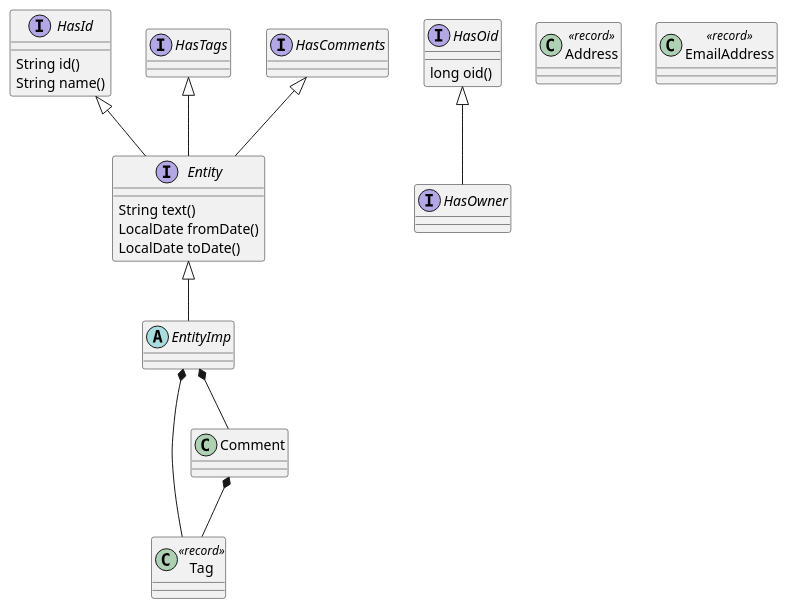
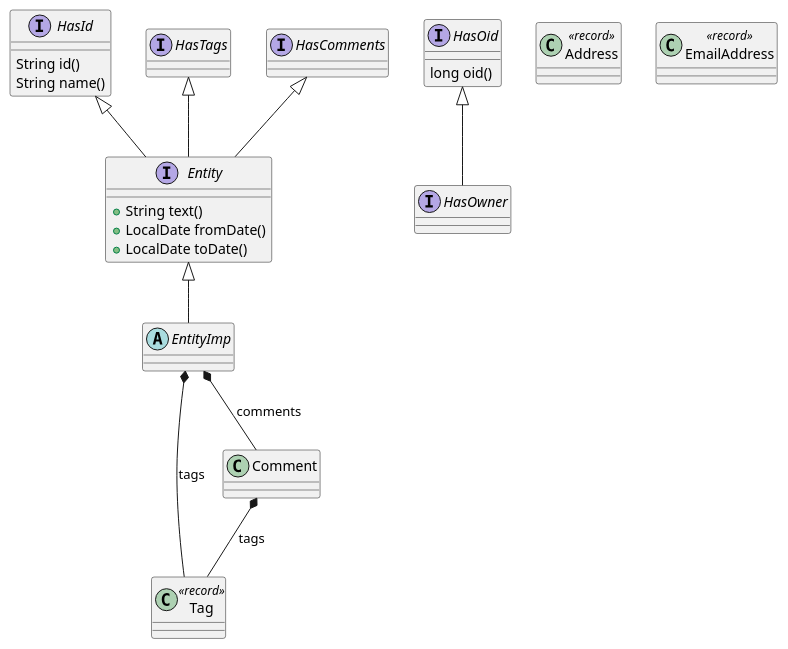
Before and after one commit to tangly-team/tangly-os: the second of 2 diagrams in net.tangly.bus/src/site/businessModels.adoc, drawn with PlantUML. The commit also changed other lines of this file and 14 other files, not shown here.

```diff
--- a/net.tangly.bus/src/site/businessModels.adoc
+++ b/net.tangly.bus/src/site/businessModels.adoc
@@ -46,47 +46,50 @@
-[plantuml,core-uml,svg]
+[plantuml,bus-core-uml,svg]
 ....
 @startuml
 
 interface HasId {
     String id()
     String name()
 }
 
 interface HasOid {
     long oid()
 }
 
 interface HasTags {}
 
 interface HasComments {}
 
 interface HasOwner {}
 
 HasOid <|-- HasOwner
 
 interface Entity {
-    String text()
-    LocalDate fromDate()
-    LocalDate toDate()
+    + String text()
+    + LocalDate fromDate()
+    + LocalDate toDate()
 }
 
 HasId <|-- Entity
 HasTags <|-- Entity
 HasComments <|-- Entity
 
 abstract class EntityImp {}
 
-EntityImp *-- Tag
-EntityImp *-- Comment
+EntityImp *-- Tag : tags
+EntityImp *-- Comment : comments
 
 Entity <|-- EntityImp
 
 class Address <<record>>
+
 class Tag <<record>>
-class Comment
-Comment *-- Tag
+
+class Comment {}
+
+Comment *-- Tag : tags
 
 class EmailAddress <<record>>
 
 @enduml
 ....
```
